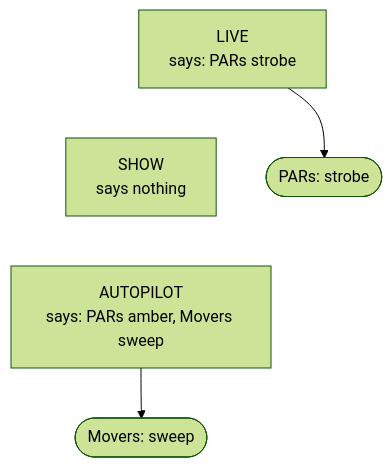
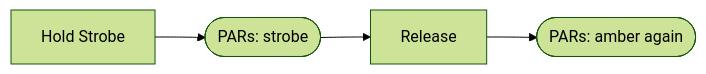
Before and after one commit to abossard/bossylights: the fifth of 13 diagrams in docs/design/theory.md, drawn with Mermaid (forest theme). The commit also changed other lines of this file, not shown here.

````diff
--- a/docs/design/theory.md
+++ b/docs/design/theory.md
@@ -102,9 +109,4 @@
 ```mermaid
-flowchart TB
-  LIVE["LIVE<br/>says: PARs strobe"]
-  SHOW["SHOW<br/>says nothing"]
-  AUTO["AUTOPILOT<br/>says: PARs amber, Movers sweep"]
-  LIVE --> R1(["PARs: strobe"])
-  AUTO --> R2(["Movers: sweep"])
-  LIVE ~~~ SHOW ~~~ AUTO
+flowchart LR
+  A["Hold Strobe"] --> B(["PARs: strobe"]) --> C["Release"] --> D(["PARs: amber again"])
 ```
````
